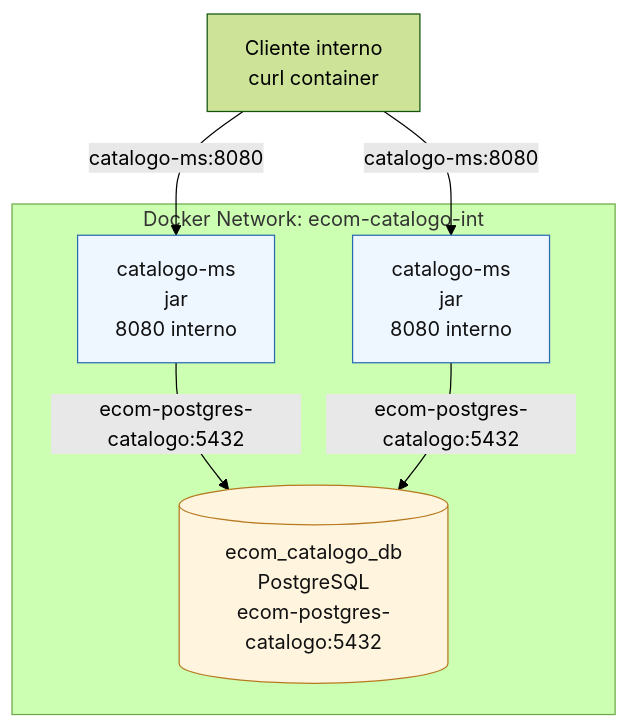
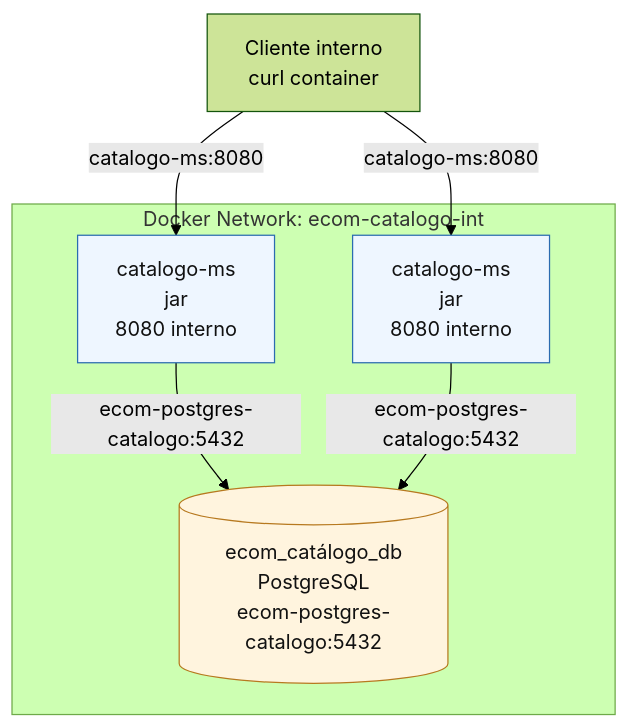
One commit to 261dist/ecom changed the third of 3 diagrams in docs/sesiones/s01-arquitectura-base.md. Above: the diagram before and after it, drawn with Mermaid (forest theme). The commit also changed other lines of this file and 21 other files, not shown here.

````diff
--- a/docs/sesiones/s01-arquitectura-base.md
+++ b/docs/sesiones/s01-arquitectura-base.md
@@ -112,19 +112,19 @@
 ```mermaid
 flowchart TB
     ProdClient["Cliente interno<br/>curl container"]
     subgraph ProdDocker["Docker Network: ecom-catalogo-int"]
         ProdApp1["catalogo-ms<br/>jar<br/>8080 interno"]
         ProdApp2["catalogo-ms<br/>jar<br/>8080 interno"]
-        ProdDb[("ecom_catalogo_db<br/>PostgreSQL<br/>ecom-postgres-catalogo:5432")]
+        ProdDb[("ecom_catálogo_db<br/>PostgreSQL<br/>ecom-postgres-catalogo:5432")]
     end
 
     ProdClient -->|"catalogo-ms:8080"| ProdApp1
     ProdClient -->|"catalogo-ms:8080"| ProdApp2
     ProdApp1 -->|"ecom-postgres-catalogo:5432"| ProdDb
     ProdApp2 -->|"ecom-postgres-catalogo:5432"| ProdDb
 
     classDef app fill:#eef6ff,stroke:#2b6cb0,color:#111;
     classDef db fill:#fff4de,stroke:#b7791f,color:#111;
     class ProdApp1,ProdApp2 app;
     class ProdDb db;
 ```
````
